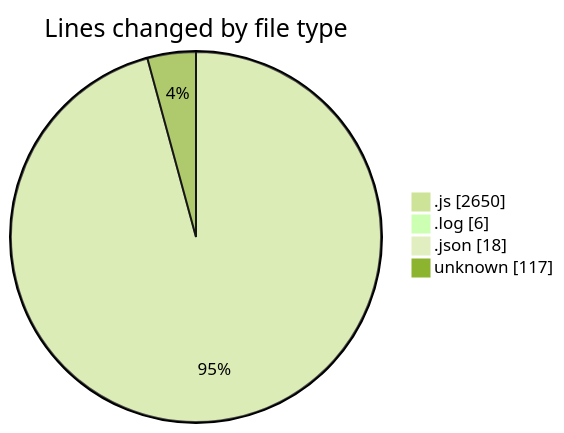
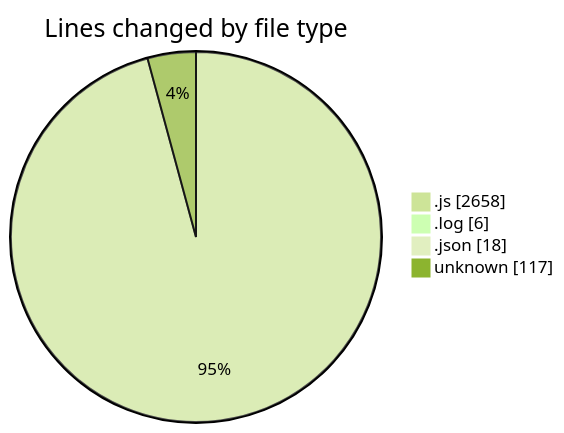
The first of 2 diagrams in 2025-03-31/jsvms/README.md (BS-eng2023/code-tracking), drawn with Mermaid (forest theme) before and after one commit. The commit also changed other lines of this file and 1 other file, not shown here.

````diff
--- a/2025-03-31/jsvms/README.md
+++ b/2025-03-31/jsvms/README.md
@@ -49,8 +49,8 @@
 ```mermaid
 pie showData
 title Lines changed by file type
-".js" : 2650
+".js" : 2658
 ".log" : 6
 ".json" : 18
 "unknown" : 117
 ```
````
